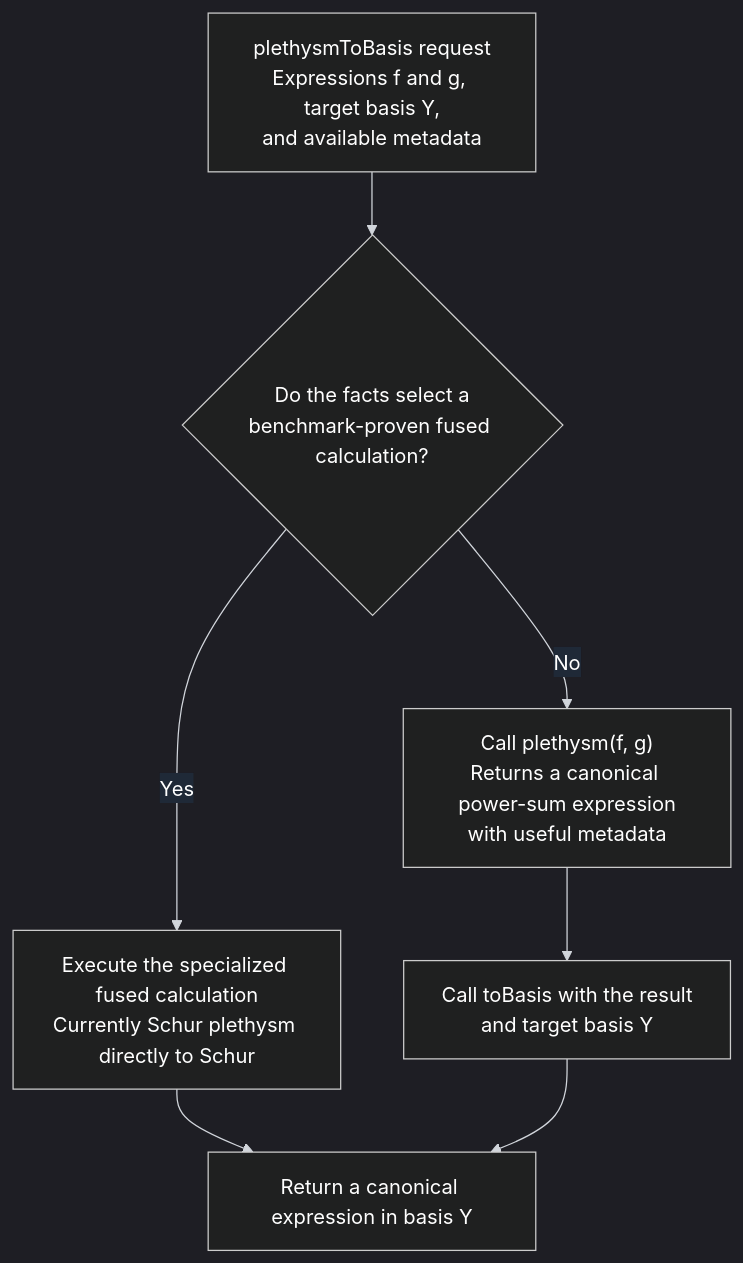
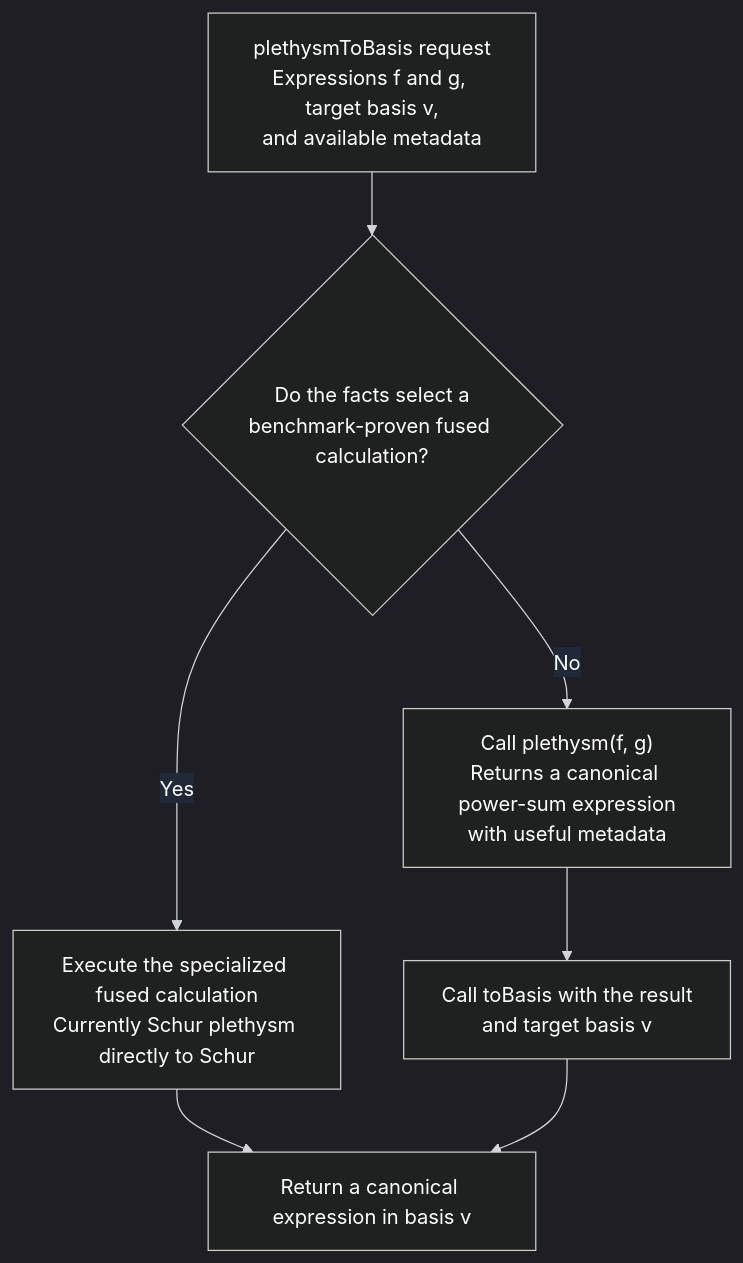
Before and after one commit to j-graf/M2: the fourth of 4 diagrams in M2/Macaulay2/e/symmetric-rings/TODO-pipelines.md, drawn with Mermaid. The commit also changed other lines of this file and 12 other files, not shown here.

````diff
--- a/M2/Macaulay2/e/symmetric-rings/TODO-pipelines.md
+++ b/M2/Macaulay2/e/symmetric-rings/TODO-pipelines.md
@@ -1188,17 +1188,17 @@
 ```mermaid
 %%{init: {"theme": "dark", "themeVariables": {"background": "#111827", "primaryColor": "#1f2937", "primaryTextColor": "#ffffff", "primaryBorderColor": "#9ca3af", "secondaryColor": "#1f2937", "secondaryTextColor": "#ffffff", "tertiaryColor": "#1f2937", "tertiaryTextColor": "#ffffff", "lineColor": "#d1d5db", "textColor": "#ffffff", "nodeTextColor": "#ffffff", "edgeLabelBackground": "#1f2937"}}}%%
 flowchart TD
-    A["plethysmToBasis request<br/>Expressions f and g, target basis Y,<br/>and available metadata"]
+    A["plethysmToBasis request<br/>Expressions f and g, target basis v,<br/>and available metadata"]
 
     A --> B{"Do the facts select a<br/>benchmark-proven fused calculation?"}
 
     B -->|"Yes"| S["Execute the specialized fused calculation<br/>Currently Schur plethysm directly to Schur"]
 
     B -->|"No"| C["Call plethysm(f, g)<br/>Returns a canonical power-sum expression<br/>with useful metadata"]
 
-    C --> D["Call toBasis with the result<br/>and target basis Y"]
+    C --> D["Call toBasis with the result<br/>and target basis v"]
 
-    S --> R["Return a canonical expression in basis Y"]
+    S --> R["Return a canonical expression in basis v"]
 
     D --> R
 ```
````
